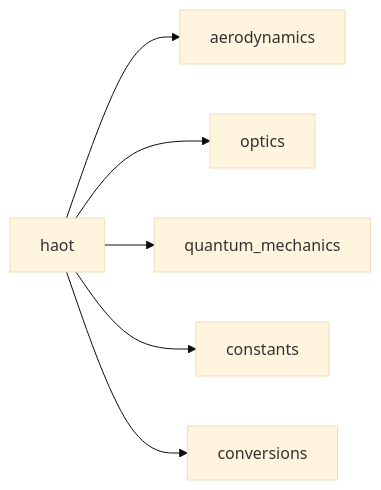
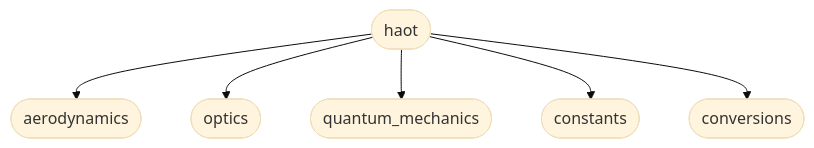
One commit to mliza/HAOT changed the diagram in README.md. Above: the diagram before and after it, drawn with Mermaid (base theme).

````diff
--- a/README.md
+++ b/README.md
@@ -6,8 +6,8 @@
 ```mermaid
-flowchart LR
-  haot --> aerodynamics
-  haot --> optics
-  haot --> quantum_mechanics
-  haot --> constants
-  haot --> conversions
+graph TD
+  id1([haot]) --> id2([aerodynamics]);
+  id1([haot]) --> id3([optics]);
+  id1([haot]) --> id4([quantum_mechanics]);
+  id1([haot]) --> id5([constants]);
+  id1([haot]) --> id6([conversions]);
 ```
````
